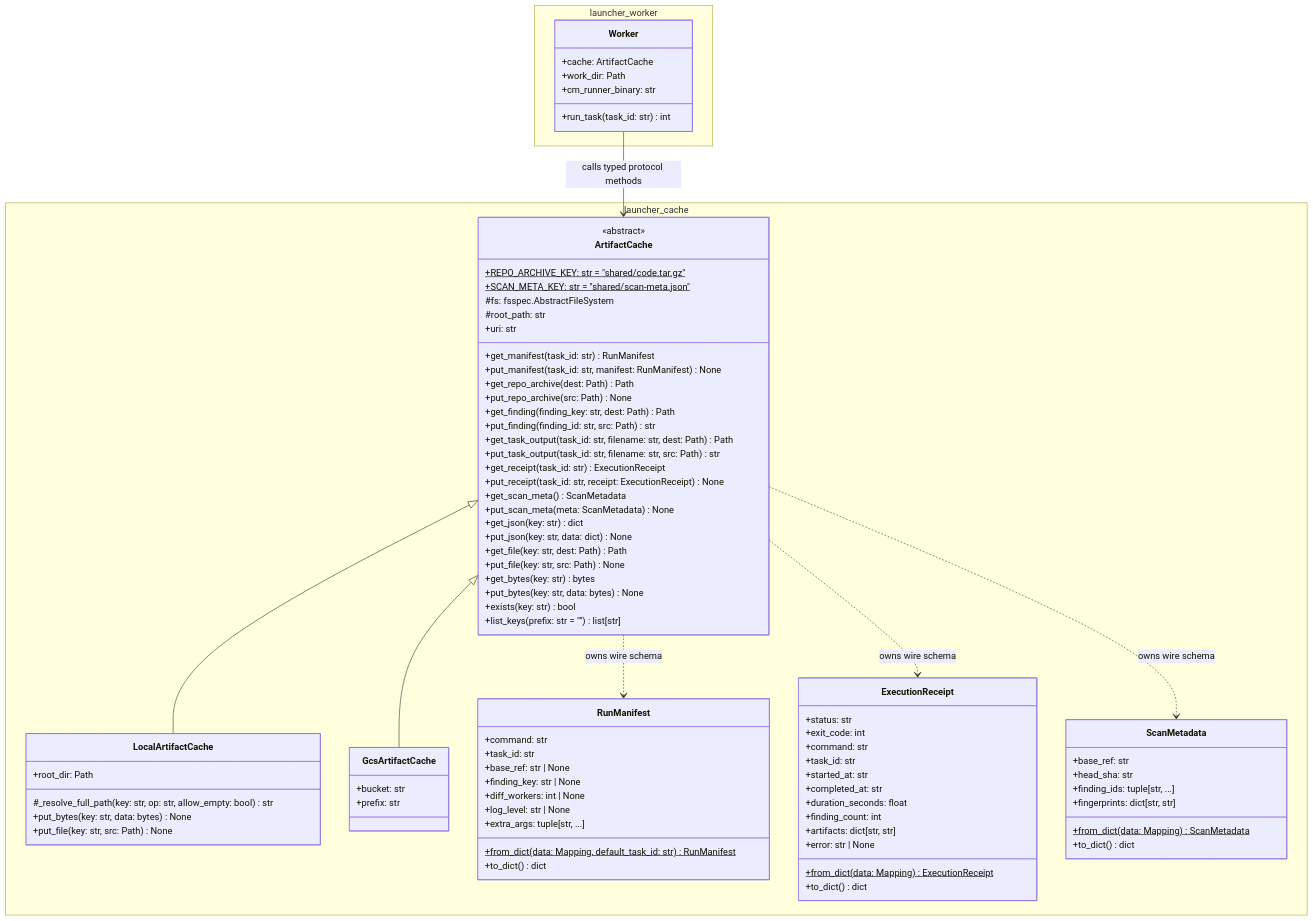
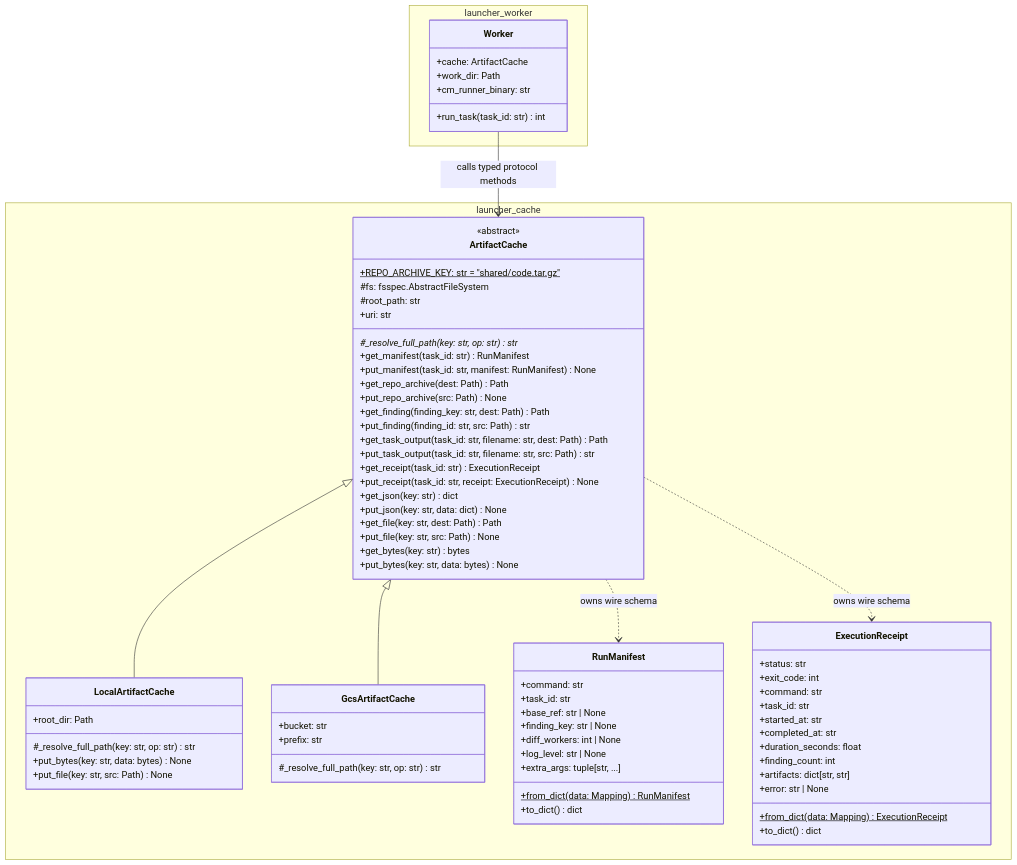
Before and after one commit to avnit/codemender-runner-mcp: the first of 2 diagrams in docs/openspec/specs/artifact-cache/design.md, drawn with Mermaid. The commit also changed other lines of this file and 19 other files, not shown here.

````diff
--- a/docs/openspec/specs/artifact-cache/design.md
+++ b/docs/openspec/specs/artifact-cache/design.md
@@ -170,10 +174,10 @@
         class ArtifactCache {
             <<abstract>>
             +REPO_ARCHIVE_KEY: str = "shared/code.tar.gz"$
-            +SCAN_META_KEY: str = "shared/scan-meta.json"$
             #fs: fsspec.AbstractFileSystem
             #root_path: str
             +uri: str
+            #_resolve_full_path(key: str, op: str)* str
             +get_manifest(task_id: str) RunManifest
             +put_manifest(task_id: str, manifest: RunManifest) None
             +get_repo_archive(dest: Path) Path
@@ -184,21 +188,17 @@
             +put_task_output(task_id: str, filename: str, src: Path) str
             +get_receipt(task_id: str) ExecutionReceipt
             +put_receipt(task_id: str, receipt: ExecutionReceipt) None
-            +get_scan_meta() ScanMetadata
-            +put_scan_meta(meta: ScanMetadata) None
             +get_json(key: str) dict
             +put_json(key: str, data: dict) None
             +get_file(key: str, dest: Path) Path
             +put_file(key: str, src: Path) None
             +get_bytes(key: str) bytes
             +put_bytes(key: str, data: bytes) None
-            +exists(key: str) bool
-            +list_keys(prefix: str = "") list[str]
         }
 
         class LocalArtifactCache {
             +root_dir: Path
-            #_resolve_full_path(key: str, op: str, allow_empty: bool) str
+            #_resolve_full_path(key: str, op: str) str
             +put_bytes(key: str, data: bytes) None
             +put_file(key: str, src: Path) None
         }
@@ -206,6 +206,7 @@
         class GcsArtifactCache {
             +bucket: str
             +prefix: str
+            #_resolve_full_path(key: str, op: str) str
         }
 
         class RunManifest {
@@ -216,7 +217,7 @@
             +diff_workers: int | None
             +log_level: str | None
             +extra_args: tuple[str, ...]
-            +from_dict(data: Mapping, default_task_id: str)$ RunManifest
+            +from_dict(data: Mapping)$ RunManifest
             +to_dict() dict
         }
 
@@ -234,15 +235,6 @@
             +from_dict(data: Mapping)$ ExecutionReceipt
             +to_dict() dict
         }
-
-        class ScanMetadata {
-            +base_ref: str
-            +head_sha: str
-            +finding_ids: tuple[str, ...]
-            +fingerprints: dict[str, str]
-            +from_dict(data: Mapping)$ ScanMetadata
-            +to_dict() dict
-        }
     }
 
     namespace launcher_worker {
@@ -258,6 +250,5 @@
     ArtifactCache <|-- GcsArtifactCache
     ArtifactCache ..> RunManifest : owns wire schema
     ArtifactCache ..> ExecutionReceipt : owns wire schema
-    ArtifactCache ..> ScanMetadata : owns wire schema
     Worker --> ArtifactCache : calls typed protocol methods
 ```
````
